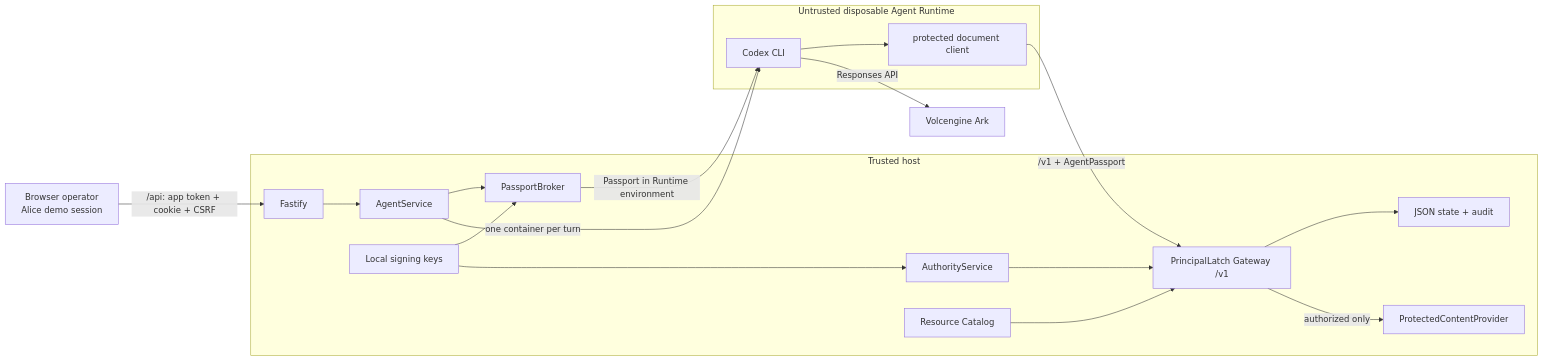
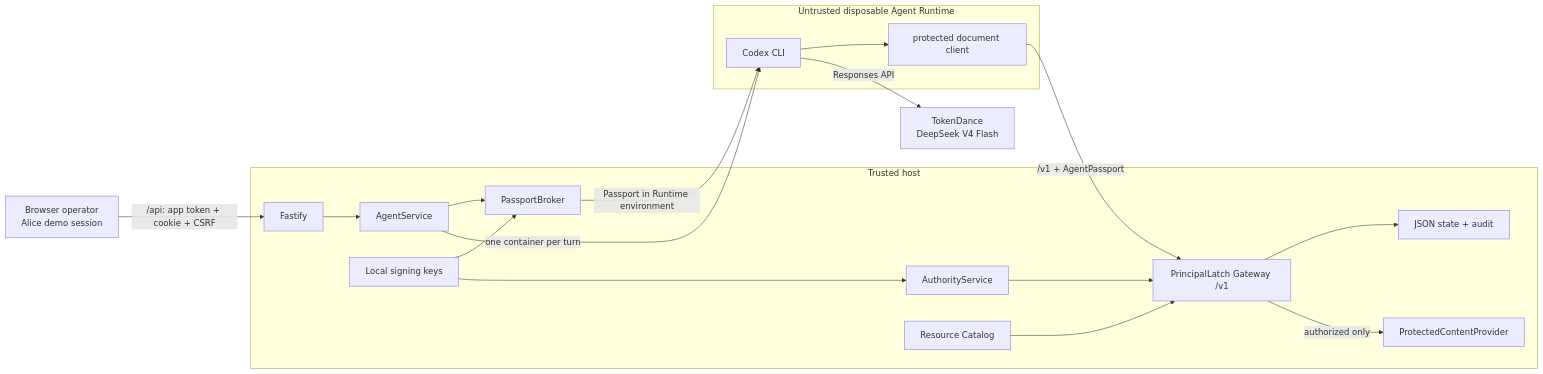
The diagram in docs/ARCHITECTURE.md (hnaymyh123-henry/principallatch-techjam), drawn with Mermaid before and after one commit. The commit also changed other lines of this file and 27 other files, not shown here.

First line of the commit message:
Adopt TokenDance Responses provider for the isolated Codex Runtime

````diff
--- a/docs/ARCHITECTURE.md
+++ b/docs/ARCHITECTURE.md
@@ -10,36 +10,36 @@
 ```mermaid
 flowchart LR
     B["Browser operator<br/>Alice demo session"] -->|"/api: app token + cookie + CSRF"| F
 
     subgraph H["Trusted host"]
       F["Fastify"]
       S["AgentService"]
       P["PassportBroker"]
       A["AuthorityService"]
       G["PrincipalLatch Gateway /v1"]
       C["Resource Catalog"]
       D["ProtectedContentProvider"]
       J["JSON state + audit"]
       K["Local signing keys"]
 
       F --> S
       S --> P
       K --> P
       K --> A
       A --> G
       C --> G
       G --> J
       G -->|"authorized only"| D
     end
 
     subgraph R["Untrusted disposable Agent Runtime"]
       X["Codex CLI"]
       T["protected document client"]
       X --> T
     end
 
     S -->|"one container per turn"| X
     P -->|"Passport in Runtime environment"| X
     T -->|"/v1 + AgentPassport"| G
-    X -->|"Responses API"| V["Volcengine Ark"]
+    X -->|"Responses API"| V["TokenDance<br/>DeepSeek V4 Flash"]
 ```
````
